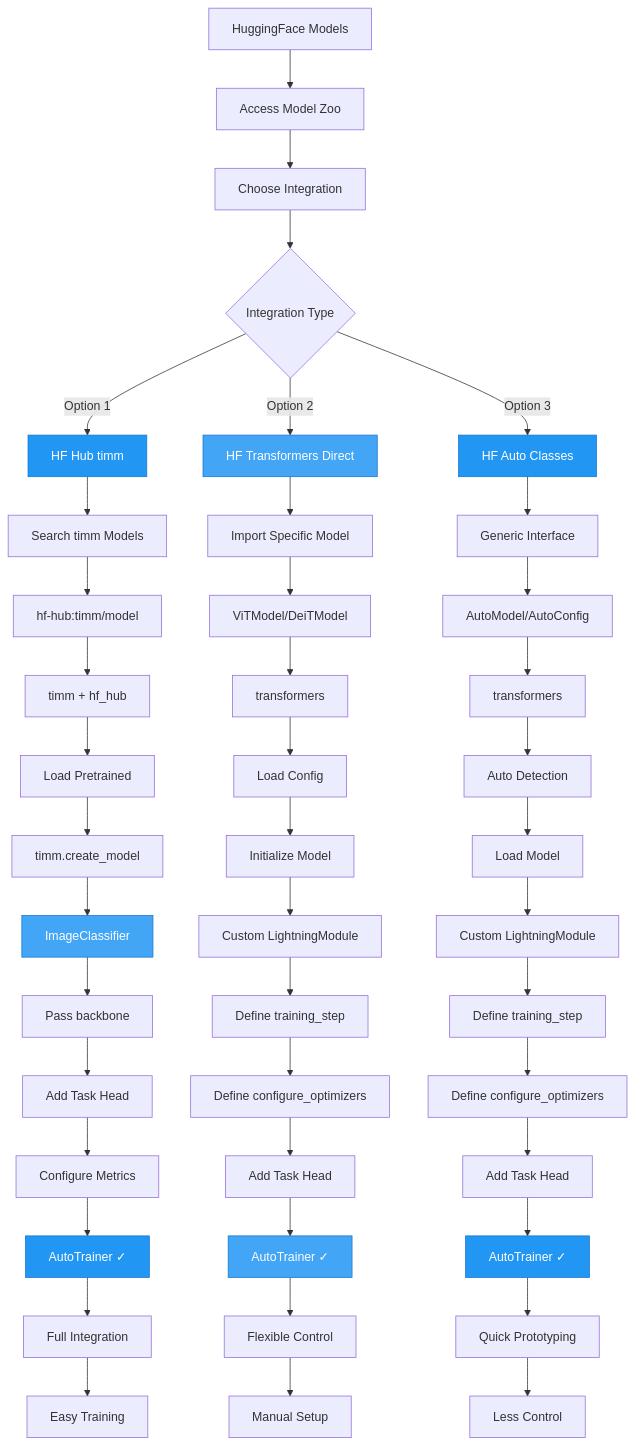
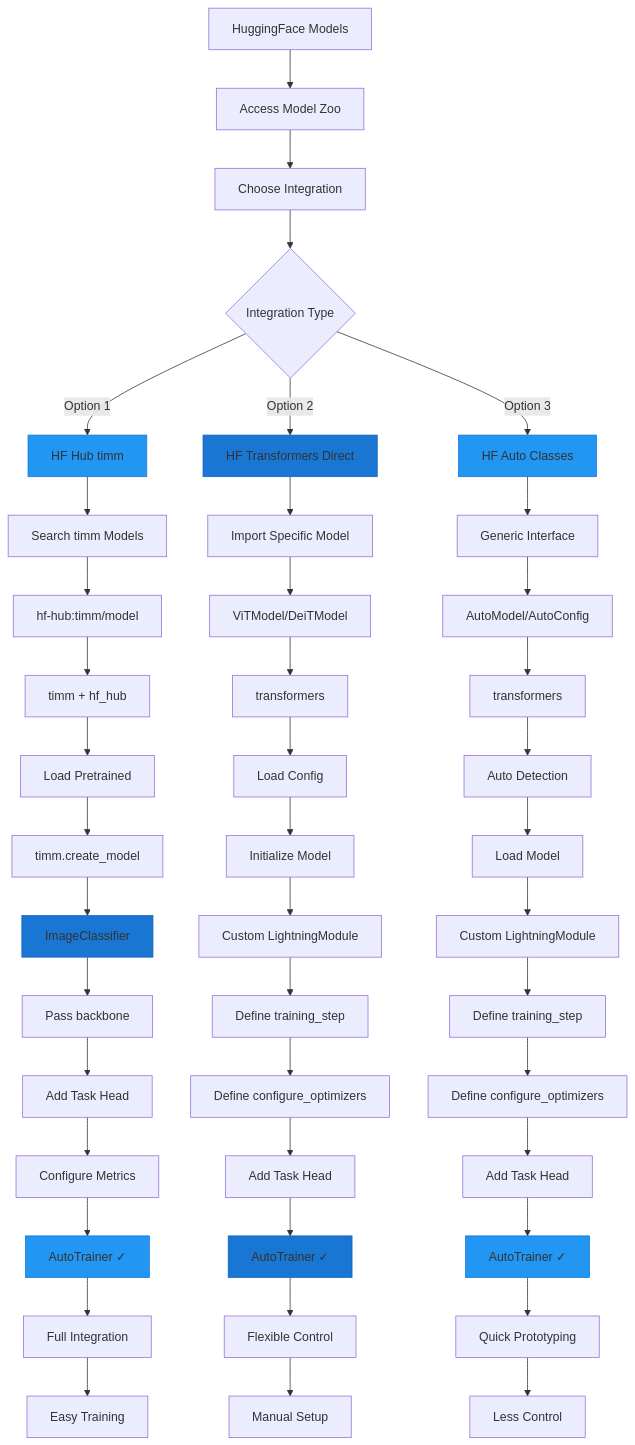
The diagram in docs/user-guide/integration/huggingface-integration-comparison.md (theja-vanka/AutoTimm), drawn with Mermaid before and after one commit. The commit also changed 37 other files, not shown here.

````diff
--- a/docs/user-guide/integration/huggingface-integration-comparison.md
+++ b/docs/user-guide/integration/huggingface-integration-comparison.md
@@ -7,59 +7,59 @@
 ```mermaid
 graph TD
     A[HuggingFace Models] --> A1[Access Model Zoo]
     A1 --> A2[Choose Integration]
     A2 --> B{Integration Type}
     
     B -->|Option 1| C[HF Hub timm]
     C --> C1[Search timm Models]
     C1 --> C2[hf-hub:timm/model]
     C2 --> F1[timm + hf_hub]
     F1 --> F1a[Load Pretrained]
     F1a --> F1b[timm.create_model]
     F1b --> G1[ImageClassifier]
     
     G1 --> G1a[Pass backbone]
     G1a --> G1b[Add Task Head]
     G1b --> G1c[Configure Metrics]
     G1c --> H1[AutoTrainer ✓]
     H1 --> H1a[Full Integration]
     H1a --> H1b[Easy Training]
     
     B -->|Option 2| D[HF Transformers Direct]
     D --> D1[Import Specific Model]
     D1 --> D2[ViTModel/DeiTModel]
     D2 --> F2[transformers]
     F2 --> F2a[Load Config]
     F2a --> F2b[Initialize Model]
     F2b --> G2[Custom LightningModule]
     
     G2 --> G2a[Define training_step]
     G2a --> G2b[Define configure_optimizers]
     G2b --> G2c[Add Task Head]
     G2c --> H2[AutoTrainer ✓]
     H2 --> H2a[Flexible Control]
     H2a --> H2b[Manual Setup]
     
     B -->|Option 3| E[HF Auto Classes]
     E --> E1[Generic Interface]
     E1 --> E2[AutoModel/AutoConfig]
     E2 --> F3[transformers]
     F3 --> F3a[Auto Detection]
     F3a --> F3b[Load Model]
     F3b --> G3[Custom LightningModule]
     
     G3 --> G3a[Define training_step]
     G3a --> G3b[Define configure_optimizers]
     G3b --> G3c[Add Task Head]
     G3c --> H3[AutoTrainer ✓]
     H3 --> H3a[Quick Prototyping]
     H3a --> H3b[Less Control]
     
-    style C fill:#2196F3,stroke:#1976D2,color:#fff
-    style D fill:#42A5F5,stroke:#1976D2,color:#fff
-    style E fill:#2196F3,stroke:#1976D2,color:#fff
-    style G1 fill:#42A5F5,stroke:#1976D2,color:#fff
-    style H1 fill:#2196F3,stroke:#1976D2,color:#fff
-    style H2 fill:#42A5F5,stroke:#1976D2,color:#fff
-    style H3 fill:#2196F3,stroke:#1976D2,color:#fff
+    style C fill:#2196F3,stroke:#1976D2
+    style D fill:#1976D2,stroke:#1565C0
+    style E fill:#2196F3,stroke:#1976D2
+    style G1 fill:#1976D2,stroke:#1565C0
+    style H1 fill:#2196F3,stroke:#1976D2
+    style H2 fill:#1976D2,stroke:#1565C0
+    style H3 fill:#2196F3,stroke:#1976D2
 ```
````
